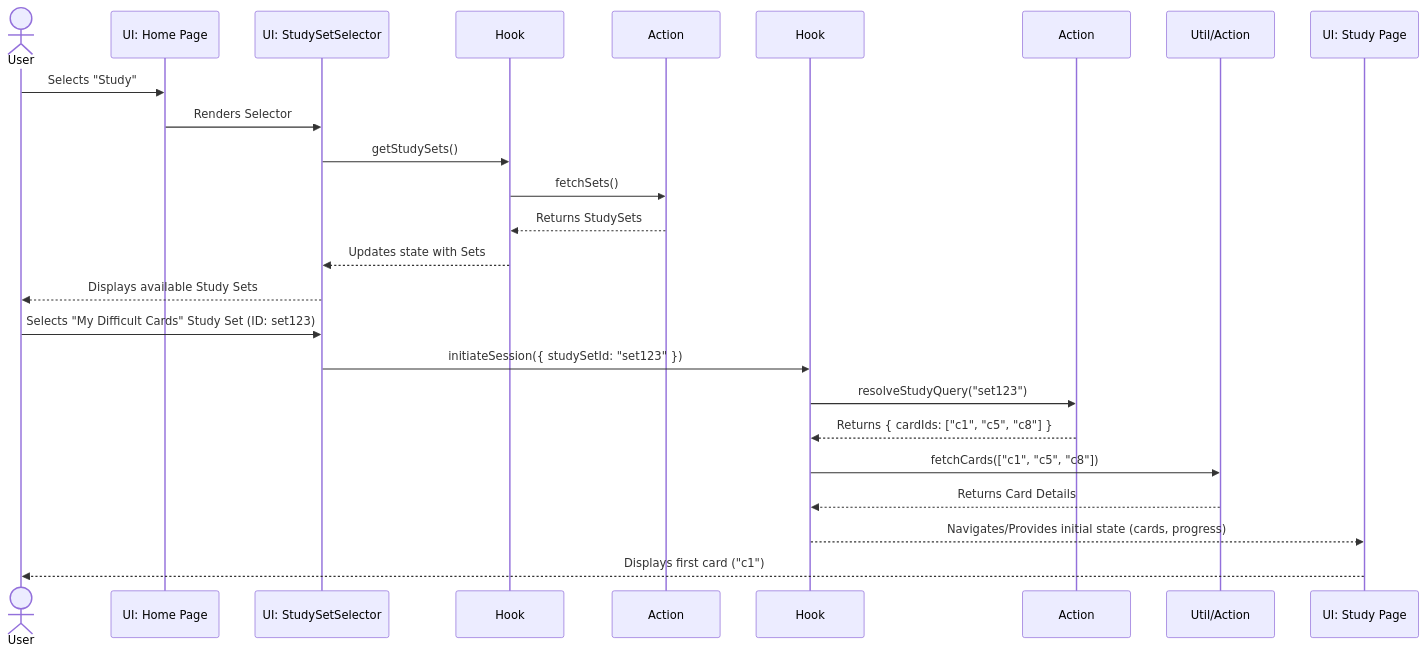
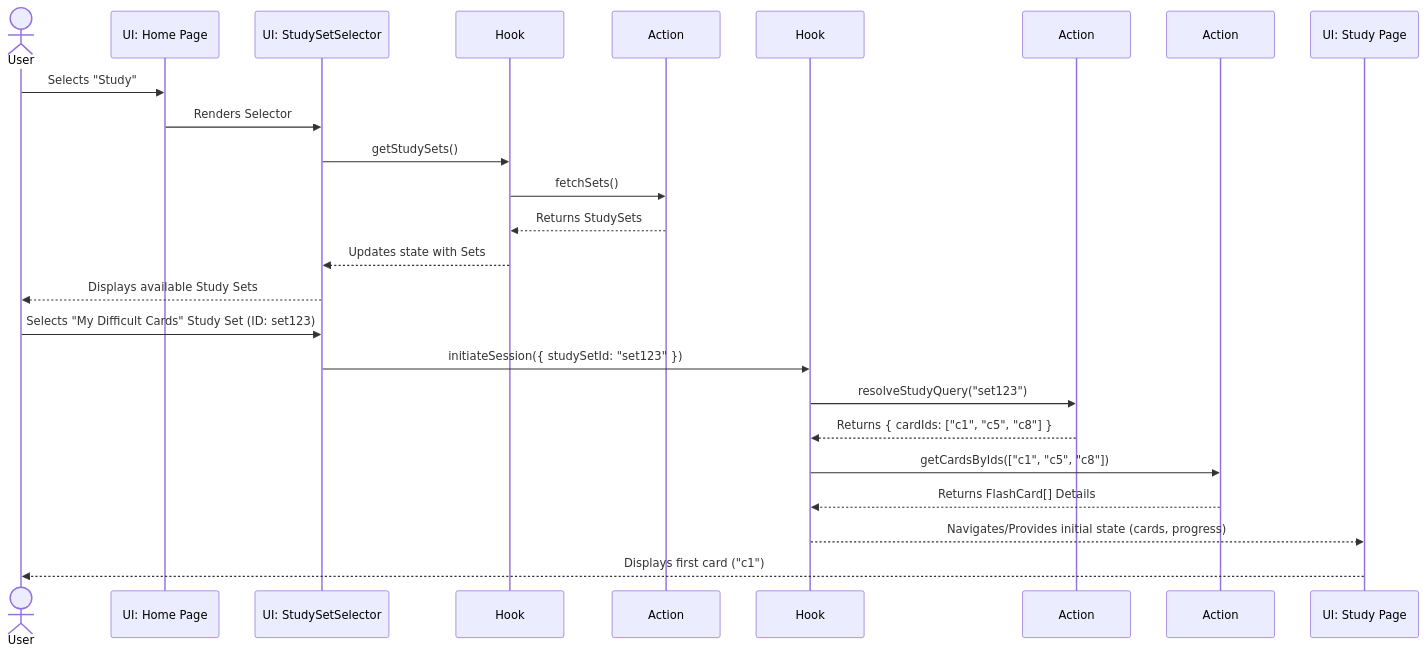
One commit to TH3ndr1/flashcards changed the fourth of 6 diagrams in docs/architecture-study-sets.md. Above: the diagram before and after it, drawn with Mermaid. The commit also changed other lines of this file, not shown here.

Commit message:
docs: Update study set architecture based on as-is analysis

````diff
--- a/docs/architecture-study-sets.md
+++ b/docs/architecture-study-sets.md
@@ -279,28 +304,28 @@
 ```mermaid
 sequenceDiagram
     actor User
     participant HomePage as UI: Home Page
     participant Selector as UI: StudySetSelector
     participant useStudySets as Hook
     participant studySetActions as Action
     participant useStudySession as Hook
     participant studyQueryActions as Action
-    participant CardDataFetcher as Util/Action
+    participant cardActions as Action
     participant StudyPage as UI: Study Page
 
     User ->> HomePage: Selects "Study"
     HomePage ->> Selector: Renders Selector
     Selector ->> useStudySets: getStudySets()
     useStudySets ->> studySetActions: fetchSets()
     studySetActions -->> useStudySets: Returns StudySets
     useStudySets -->> Selector: Updates state with Sets
     Selector -->> User: Displays available Study Sets
     User ->> Selector: Selects "My Difficult Cards" Study Set (ID: set123)
     Selector ->> useStudySession: initiateSession({ studySetId: "set123" })
     useStudySession ->> studyQueryActions: resolveStudyQuery("set123")
     studyQueryActions -->> useStudySession: Returns { cardIds: ["c1", "c5", "c8"] }
-    useStudySession ->> CardDataFetcher: fetchCards(["c1", "c5", "c8"])
-    CardDataFetcher -->> useStudySession: Returns Card Details
+    useStudySession ->> cardActions: getCardsByIds(["c1", "c5", "c8"])
+    cardActions -->> useStudySession: Returns FlashCard[] Details
     useStudySession -->> StudyPage: Navigates/Provides initial state (cards, progress)
     StudyPage -->> User: Displays first card ("c1")
 ```
````
